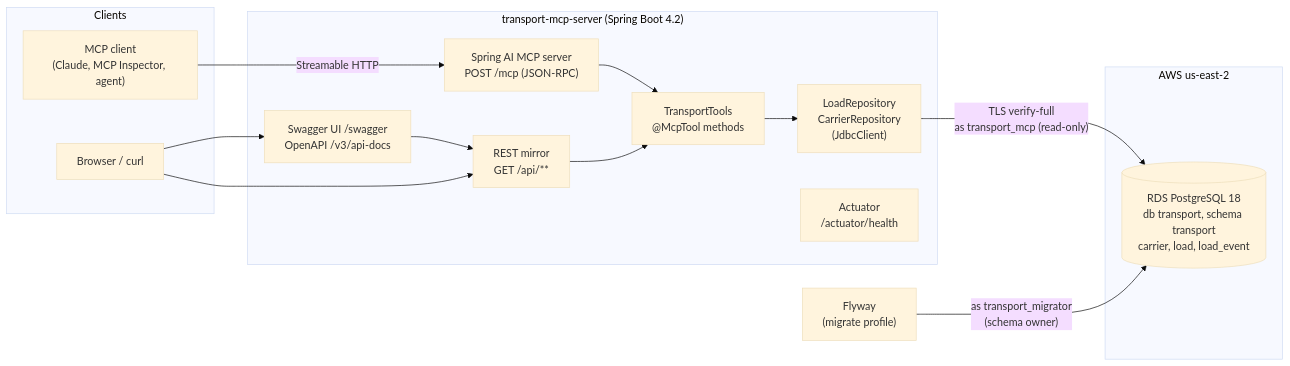
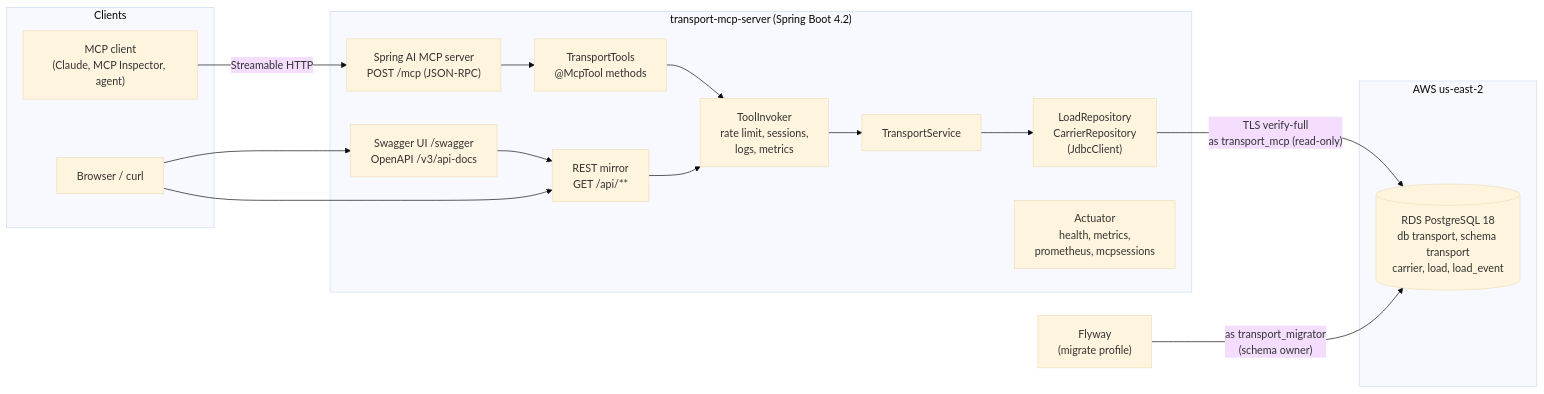
The diagram in README.md (mr-mtd/springboot_MCP_server), drawn with Mermaid (base theme) before and after one commit. The commit also changed other lines of this file and 27 other files, not shown here.

First line of the commit message:
Add session state, rate limiting, tool metrics and logging; make late rule consistent

````diff
--- a/README.md
+++ b/README.md
@@ -26,32 +26,36 @@
 ```mermaid
 flowchart LR
     subgraph clients["Clients"]
         llm["MCP client<br/>(Claude, MCP Inspector, agent)"]
         browser["Browser / curl"]
     end
 
     subgraph app["transport-mcp-server (Spring Boot 4.2)"]
         mcp["Spring AI MCP server<br/>POST /mcp (JSON-RPC)"]
         rest["REST mirror<br/>GET /api/**"]
         swagger["Swagger UI /swagger<br/>OpenAPI /v3/api-docs"]
         tools["TransportTools<br/>@McpTool methods"]
+        invoker["ToolInvoker<br/>rate limit, sessions,<br/>logs, metrics"]
+        service["TransportService"]
         repos["LoadRepository<br/>CarrierRepository<br/>(JdbcClient)"]
-        actuator["Actuator<br/>/actuator/health"]
+        actuator["Actuator<br/>health, metrics,<br/>prometheus, mcpsessions"]
     end
 
     subgraph aws["AWS us-east-2"]
         rds[("RDS PostgreSQL 18<br/>db transport, schema transport<br/>carrier, load, load_event")]
     end
 
     flyway["Flyway<br/>(migrate profile)"]
 
     llm -- "Streamable HTTP" --> mcp
     browser --> swagger
     swagger --> rest
     browser --> rest
     mcp --> tools
-    rest --> tools
-    tools --> repos
+    tools --> invoker
+    rest --> invoker
+    invoker --> service
+    service --> repos
     repos -- "TLS verify-full<br/>as transport_mcp (read-only)" --> rds
     flyway -- "as transport_migrator<br/>(schema owner)" --> rds
 ```
````
